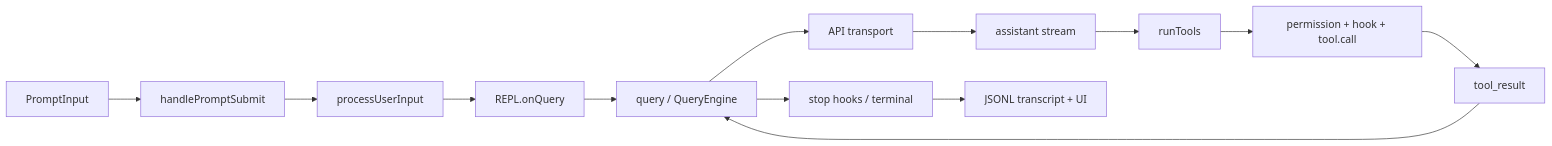
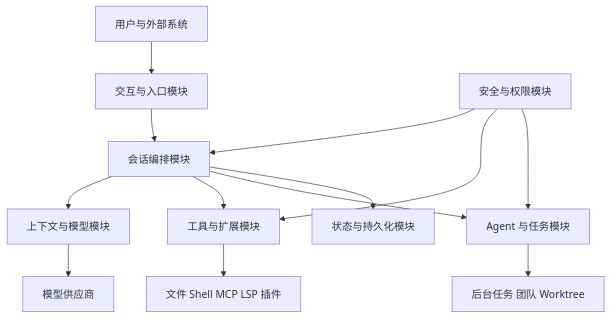
The first of 2 diagrams in docs/project-guide/README.md (Hanxcellent/openclaude), drawn with Mermaid before and after one commit. The commit also changed other lines of this file and 44 other files, not shown here.

````diff
--- a/docs/project-guide/README.md
+++ b/docs/project-guide/README.md
@@ -48,15 +21,15 @@
 ```mermaid
-flowchart LR
-  A[PromptInput] --> B[handlePromptSubmit]
-  B --> C[processUserInput]
-  C --> D[REPL.onQuery]
-  D --> E[query / QueryEngine]
-  E --> F[API transport]
-  F --> G[assistant stream]
-  G --> H[runTools]
-  H --> I[permission + hook + tool.call]
-  I --> J[tool_result]
-  J --> E
-  E --> K[stop hooks / terminal]
-  K --> L[JSONL transcript + UI]
+flowchart TB
+  A[用户与外部系统] --> B[交互与入口模块]
+  B --> C[会话编排模块]
+  C --> D[上下文与模型模块]
+  C --> E[工具与扩展模块]
+  C --> F[Agent 与任务模块]
+  D --> G[模型供应商]
+  E --> H[文件 Shell MCP LSP 插件]
+  F --> I[后台任务 团队 Worktree]
+  C --> J[状态与持久化模块]
+  K[安全与权限模块] --> C
+  K --> E
+  K --> F
 ```
````
